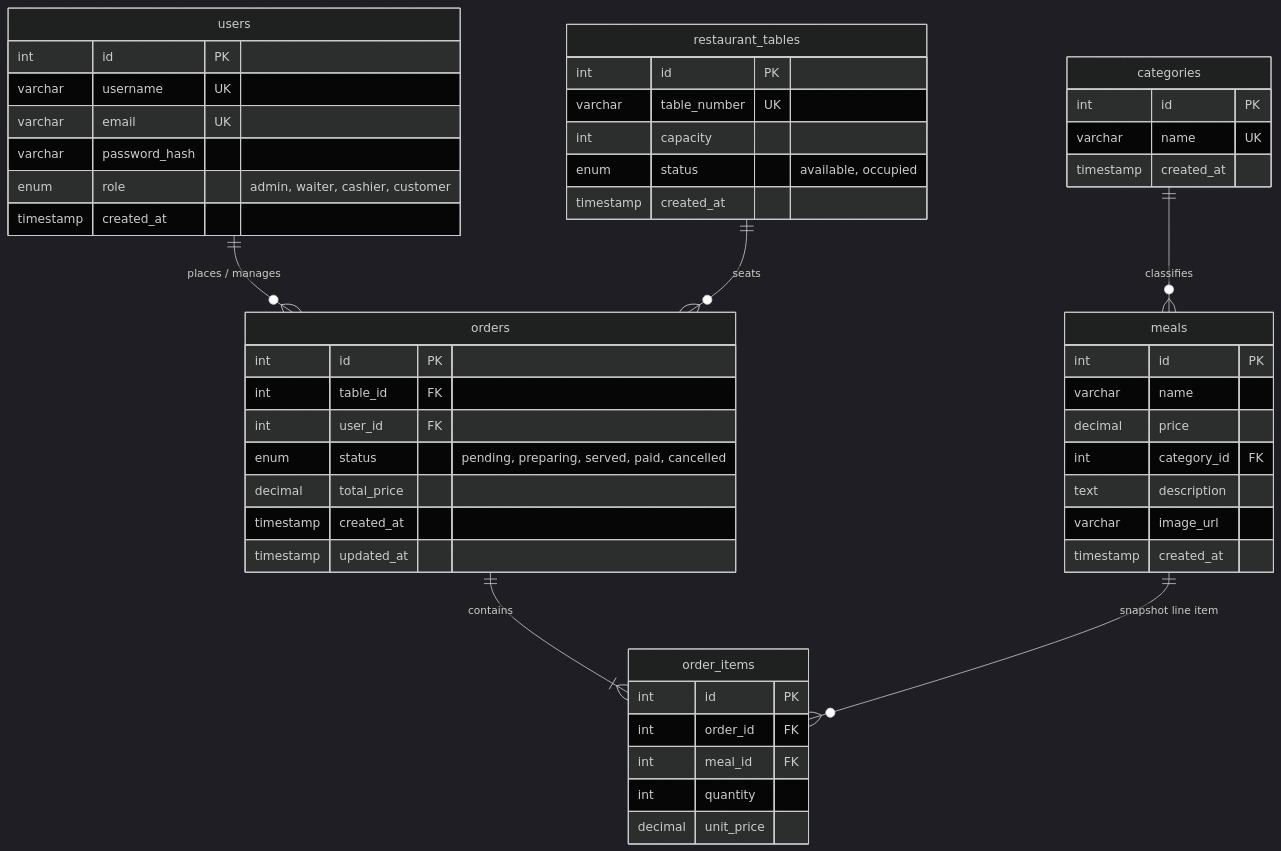
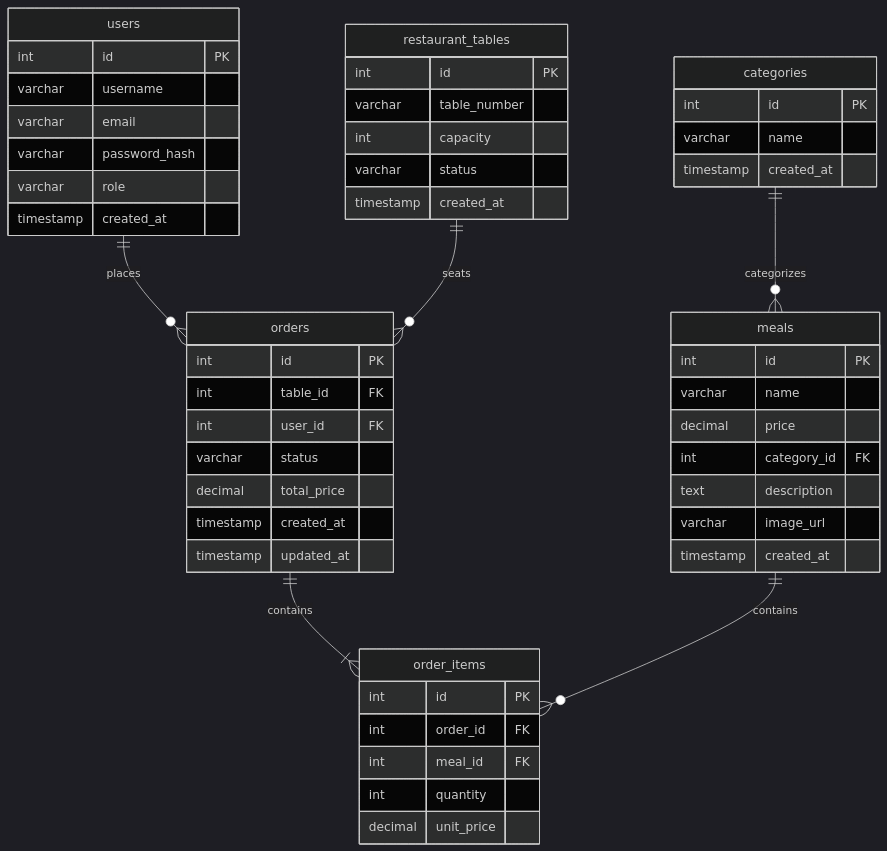
The second of 2 diagrams in README.md (codebraver35/Fig-Olive), drawn with Mermaid (dark theme) before and after one commit. The commit also changed other lines of this file, not shown here.

Commit message:
docs: fix Mermaid syntax for GitHub rendering

````diff
--- a/README.md
+++ b/README.md
@@ -54,59 +61,59 @@
 ```mermaid
 erDiagram
-    users ||--o{ orders : "places / manages"
+    users ||--o{ orders : "places"
     restaurant_tables ||--o{ orders : "seats"
     orders ||--|{ order_items : "contains"
-    meals ||--o{ order_items : "snapshot line item"
-    categories ||--o{ meals : "classifies"
+    meals ||--o{ order_items : "contains"
+    categories ||--o{ meals : "categorizes"
 
     users {
         int id PK
-        varchar username UK
-        varchar email UK
+        varchar username
+        varchar email
         varchar password_hash
-        enum role "admin, waiter, cashier, customer"
+        varchar role
         timestamp created_at
     }
 
     restaurant_tables {
         int id PK
-        varchar table_number UK
+        varchar table_number
         int capacity
-        enum status "available, occupied"
+        varchar status
         timestamp created_at
     }
 
     categories {
         int id PK
-        varchar name UK
+        varchar name
         timestamp created_at
     }
 
     meals {
         int id PK
         varchar name
         decimal price
         int category_id FK
         text description
         varchar image_url
         timestamp created_at
     }
 
     orders {
         int id PK
         int table_id FK
         int user_id FK
-        enum status "pending, preparing, served, paid, cancelled"
+        varchar status
         decimal total_price
         timestamp created_at
         timestamp updated_at
     }
 
     order_items {
         int id PK
         int order_id FK
         int meal_id FK
         int quantity
         decimal unit_price
     }
 ```
````
